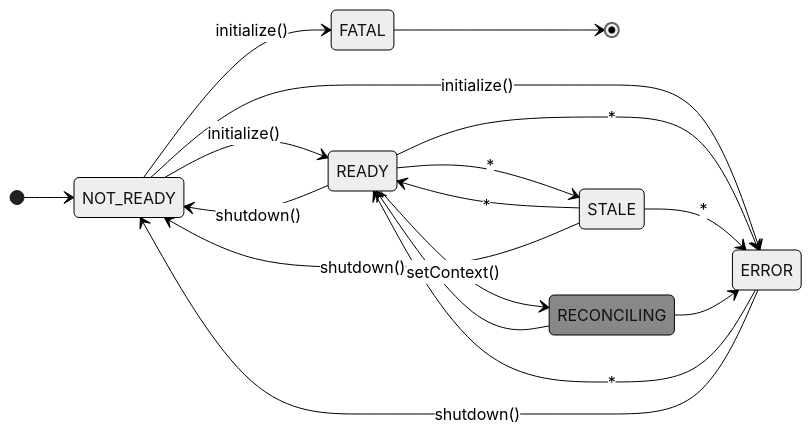
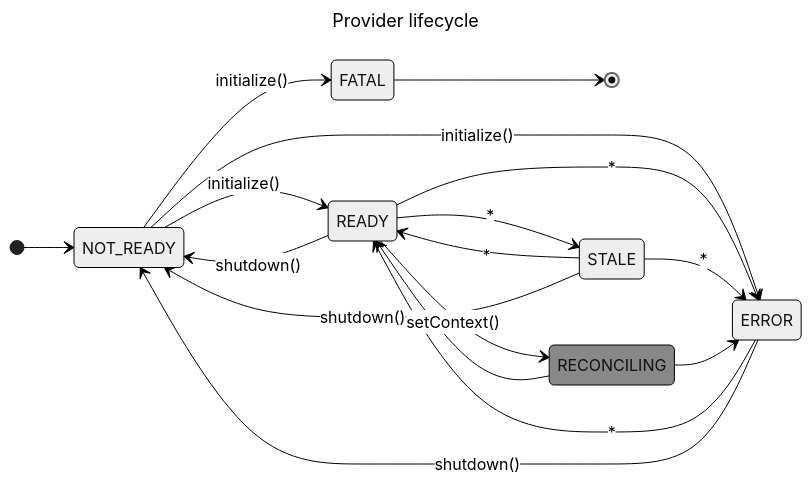
One commit to open-feature/spec changed the diagram in specification/sections/01-flag-evaluation.md. Above: the diagram before and after it, drawn with Mermaid (neutral theme).

Commit message:
fixup: add title to state mermaid

````diff
--- a/specification/sections/01-flag-evaluation.md
+++ b/specification/sections/01-flag-evaluation.md
@@ -412,22 +412,25 @@
 ```mermaid
+---
+title: Provider lifecycle
+---
 stateDiagram-v2
     direction LR
     [*] --> NOT_READY
     NOT_READY --> READY:initialize()
     NOT_READY --> ERROR:initialize()
     NOT_READY --> FATAL:initialize()
     FATAL --> [*]
     READY --> ERROR:*
     ERROR --> READY:*
     READY --> STALE:*
     STALE --> READY:*
     STALE --> ERROR:*
     READY --> NOT_READY:shutdown()
     STALE --> NOT_READY:shutdown()
     ERROR --> NOT_READY:shutdown()
     READY --> RECONCILING:::client:setContext()
     RECONCILING:::client --> READY
     RECONCILING:::client --> ERROR
 
     classDef client fill:#888
 ```
````
